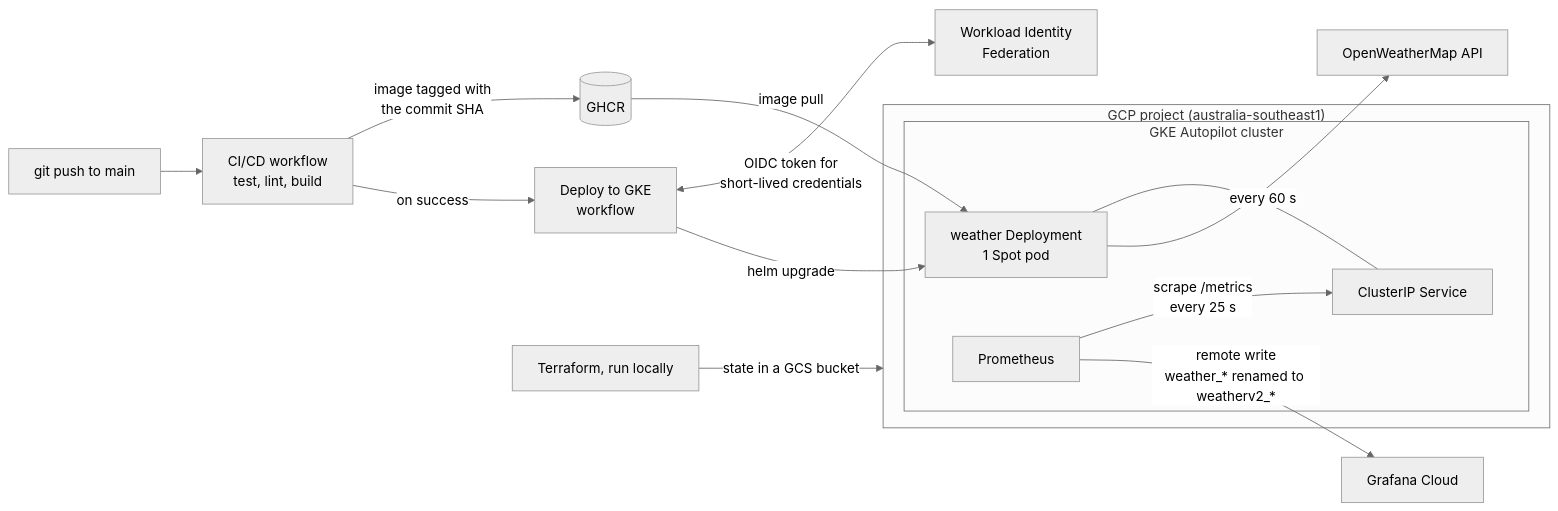
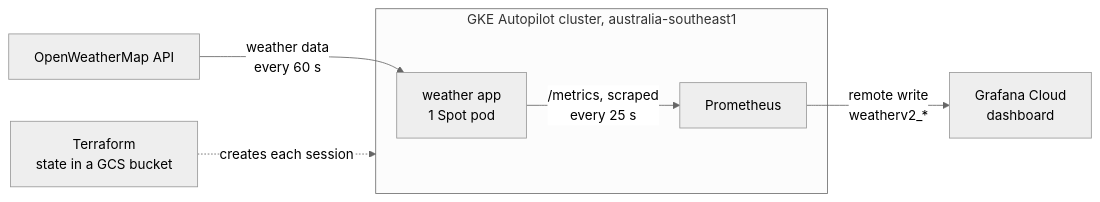
Before and after one commit to v-galkin/weather-metrics-v2: the third of 3 diagrams in README.md, drawn with Mermaid (neutral theme). The commit also changed other lines of this file and 3 other files, not shown here.

Commit message:
Rewrite the README as a project presentation; spell out architecture decision records

````diff
--- a/README.md
+++ b/README.md
@@ -17,20 +91,11 @@
 ```mermaid
 flowchart LR
-    dev[git push to main] --> ci["CI/CD workflow<br/>test, lint, build"]
-    ci -->|"image tagged with<br/>the commit SHA"| ghcr[(GHCR)]
-    ci -->|on success| deploy["Deploy to GKE<br/>workflow"]
-    deploy <-->|"OIDC token for<br/>short-lived credentials"| wif[Workload Identity<br/>Federation]
-    deploy -->|helm upgrade| app
+    tf["Terraform<br/>state in a GCS bucket"] -.->|"creates each session"| gke
+    owm[OpenWeatherMap API] -->|"weather data<br/>every 60 s"| app
 
-    subgraph gcp["GCP project (australia-southeast1)"]
-        subgraph gke[GKE Autopilot cluster]
-            app["weather Deployment<br/>1 Spot pod"] --- svc[ClusterIP Service]
-            prom[Prometheus] -->|"scrape /metrics<br/>every 25 s"| svc
-        end
+    subgraph gke["GKE Autopilot cluster, australia-southeast1"]
+        app["weather app<br/>1 Spot pod"] -->|"/metrics, scraped<br/>every 25 s"| prom[Prometheus]
     end
 
-    ghcr -->|image pull| app
-    app -->|every 60 s| owm[OpenWeatherMap API]
-    prom -->|"remote write<br/>weather_* renamed to weatherv2_*"| gc[Grafana Cloud]
-    tf[Terraform, run locally] -->|state in a GCS bucket| gcp
+    prom -->|"remote write<br/>weatherv2_*"| gc["Grafana Cloud<br/>dashboard"]
 ```
````
